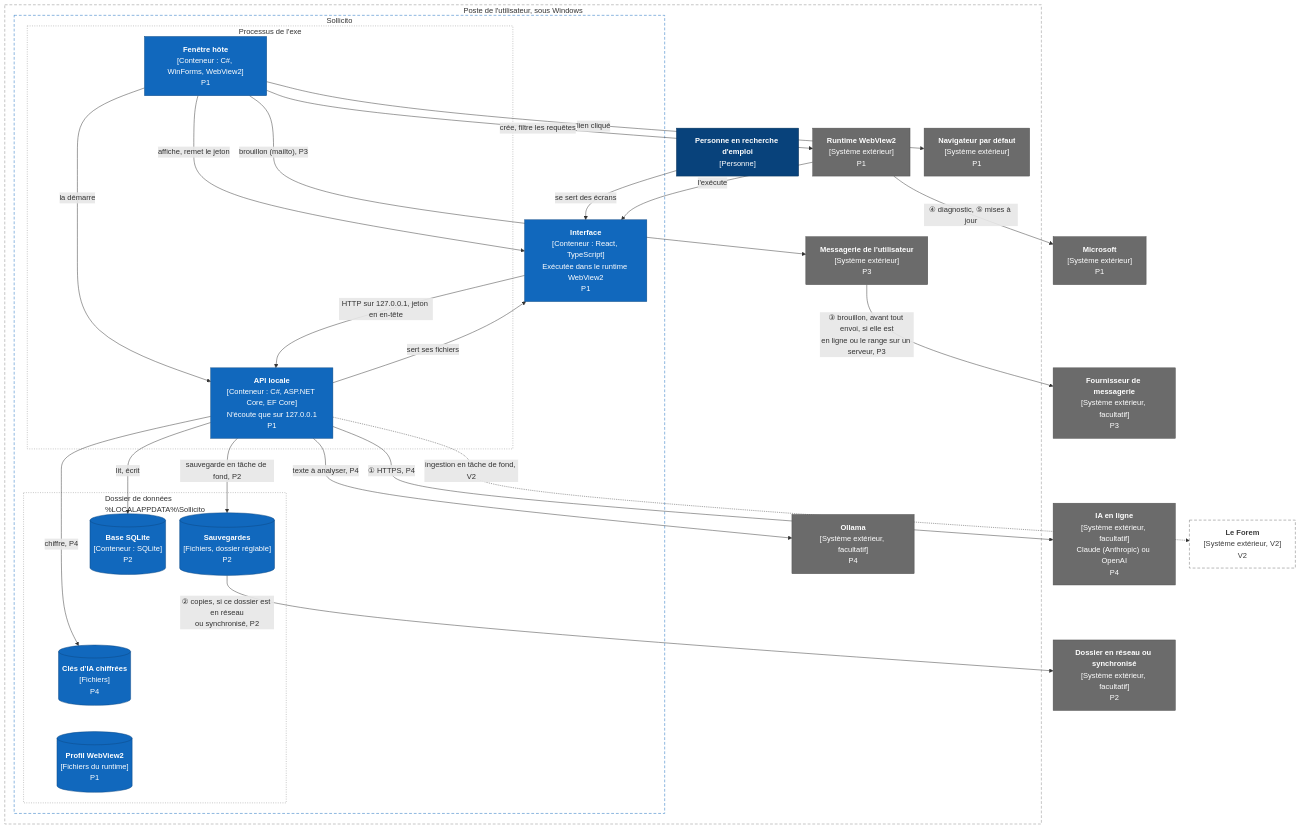
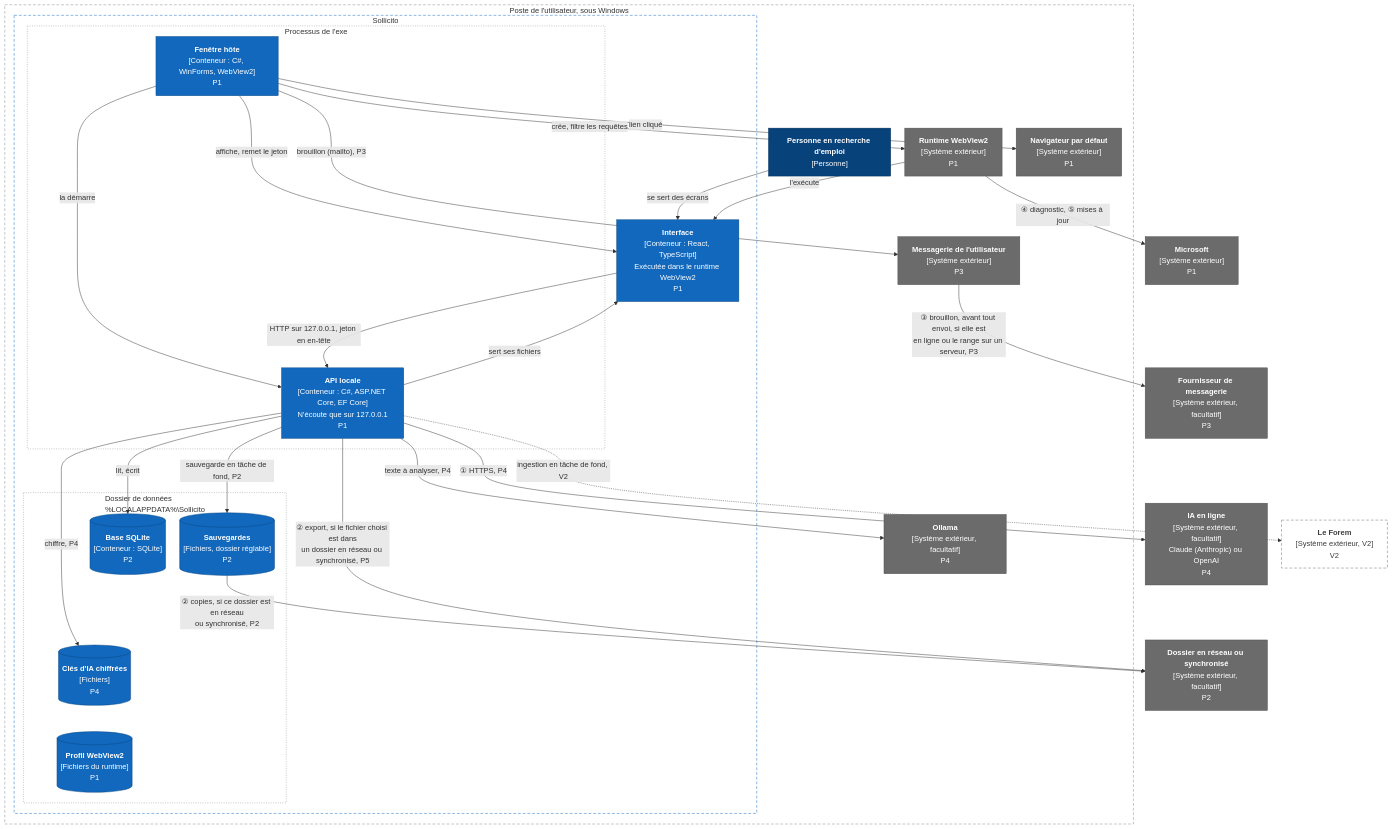
Before and after one commit to moonn1000/sollicito: the second of 2 diagrams in docs/vues-d-architecture.md, drawn with Mermaid. The commit also changed other lines of this file and 48 other files, not shown here.

First line of the commit message:
feat(export): exporter toutes ses données en JSON et en CSV, dans le fichier choisi par le dialogue de l'hôte (#49) (#117)

````diff
--- a/docs/vues-d-architecture.md
+++ b/docs/vues-d-architecture.md
@@ -88,69 +88,70 @@
 ```mermaid
 ---
 config:
   flowchart:
     nodeSpacing: 30
     rankSpacing: 45
 ---
 flowchart TB
     subgraph poste["Poste de l'utilisateur, sous Windows"]
         personne["<b>Personne en recherche d'emploi</b><br>[Personne]"]
         subgraph sollicito["Sollicito"]
             interface["<b>Interface</b><br>[Conteneur : React, TypeScript]<br>Exécutée dans le runtime WebView2<br>P1"]
             subgraph processus["Processus de l'exe"]
                 fenetre["<b>Fenêtre hôte</b><br>[Conteneur : C#, WinForms, WebView2]<br>P1"]
                 api["<b>API locale</b><br>[Conteneur : C#, ASP.NET Core, EF Core]<br>N'écoute que sur 127.0.0.1<br>P1"]
             end
             subgraph donnees["Dossier de données<br>%LOCALAPPDATA%\Sollicito"]
                 base[("<b>Base SQLite</b><br>[Conteneur : SQLite]<br>P2")]
                 cles[("<b>Clés d'IA chiffrées</b><br>[Fichiers]<br>P4")]
                 profil[("<b>Profil WebView2</b><br>[Fichiers du runtime]<br>P1")]
                 sauvegardes[("<b>Sauvegardes</b><br>[Fichiers, dossier réglable]<br>P2")]
             end
         end
         runtime["<b>Runtime WebView2</b><br>[Système extérieur]<br>P1"]
         navigateur["<b>Navigateur par défaut</b><br>[Système extérieur]<br>P1"]
         messagerie["<b>Messagerie de l'utilisateur</b><br>[Système extérieur]<br>P3"]
         ollama["<b>Ollama</b><br>[Système extérieur, facultatif]<br>P4"]
     end
 
     ia["<b>IA en ligne</b><br>[Système extérieur, facultatif]<br>Claude (Anthropic) ou OpenAI<br>P4"]
     microsoft["<b>Microsoft</b><br>[Système extérieur]<br>P1"]
     distant["<b>Dossier en réseau ou synchronisé</b><br>[Système extérieur, facultatif]<br>P2"]
     fournisseur["<b>Fournisseur de messagerie</b><br>[Système extérieur, facultatif]<br>P3"]
     forem["<b>Le Forem</b><br>[Système extérieur, V2]<br>V2"]
 
     personne -- "se sert des écrans" --> interface
     fenetre -- "la démarre" --> api
     fenetre -- "affiche, remet le jeton" --> interface
     interface -- "HTTP sur 127.0.0.1, jeton en en-tête" --> api
     api -- "sert ses fichiers" --> interface
     fenetre -- "crée, filtre les requêtes" --> runtime
     runtime -- "l'exécute" --> interface
     api -- "lit, écrit" --> base
     api -- "chiffre, P4" --> cles
     api -- "sauvegarde en tâche de fond, P2" --> sauvegardes
     fenetre -- "lien cliqué" --> navigateur
     fenetre -- "brouillon (mailto), P3" --> messagerie
     api -- "texte à analyser, P4" --> ollama
     api -- "① HTTPS, P4" --> ia
     sauvegardes -- "② copies, si ce dossier est en réseau<br>ou synchronisé, P2" --> distant
+    api -- "② export, si le fichier choisi est dans<br>un dossier en réseau ou synchronisé, P5" --> distant
     messagerie -- "③ brouillon, avant tout envoi, si elle est<br>en ligne ou le range sur un serveur, P3" --> fournisseur
     runtime -- "④ diagnostic, ⑤ mises à jour" --> microsoft
     api -. "ingestion en tâche de fond, V2" .-> forem
     base ~~~ cles ~~~ profil
     navigateur ~~~ messagerie
 
     classDef personne fill:#08427b,stroke:#052e56,color:#ffffff
     classDef conteneur fill:#1168bd,stroke:#0b4884,color:#ffffff
     classDef exterieur fill:#6b6b6b,stroke:#4d4d4d,color:#ffffff
     classDef v2 fill:#ffffff,stroke:#6b6b6b,color:#3d3d3d,stroke-dasharray:6 4
     class personne personne
     class fenetre,api,interface,base,profil,cles,sauvegardes conteneur
     class runtime,navigateur,messagerie,ollama,ia,microsoft,distant,fournisseur exterieur
     class forem v2
     style poste fill:none,stroke:#888888,stroke-dasharray:6 4
     style sollicito fill:none,stroke:#1168bd,stroke-dasharray:6 4
     style processus fill:none,stroke:#888888,stroke-dasharray:2 3
     style donnees fill:none,stroke:#888888,stroke-dasharray:2 3
 ```
````
